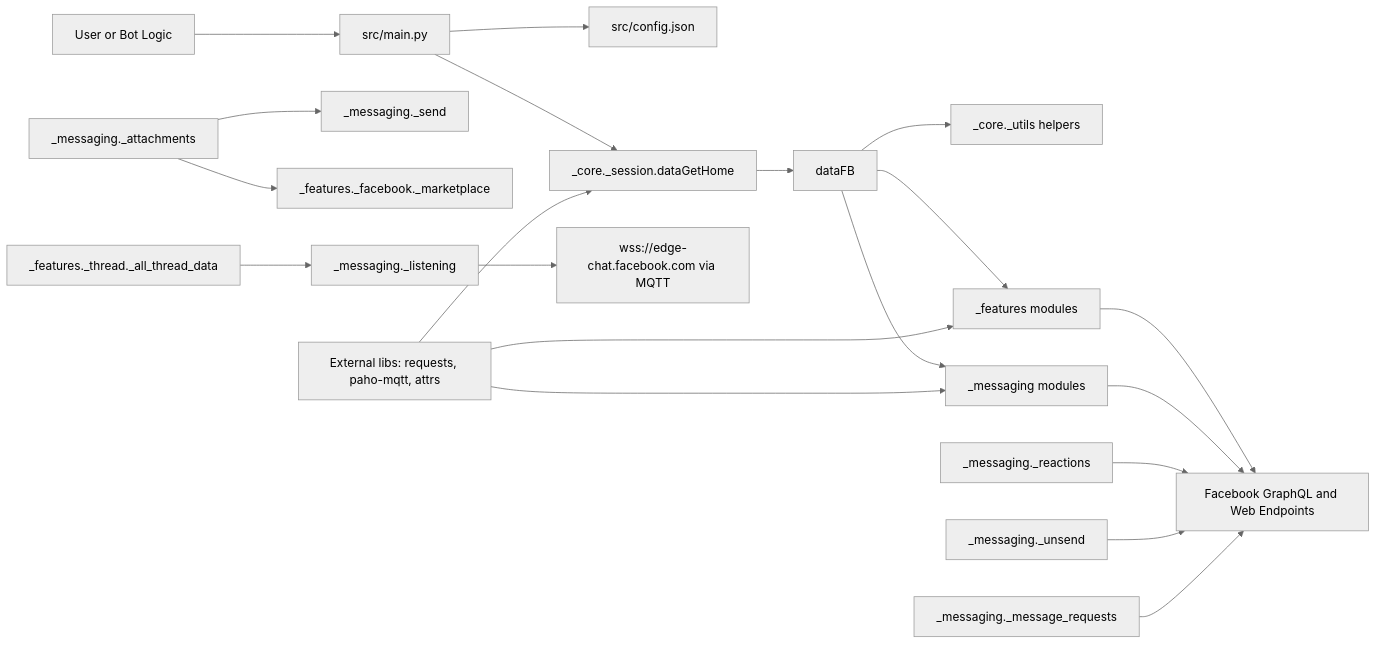
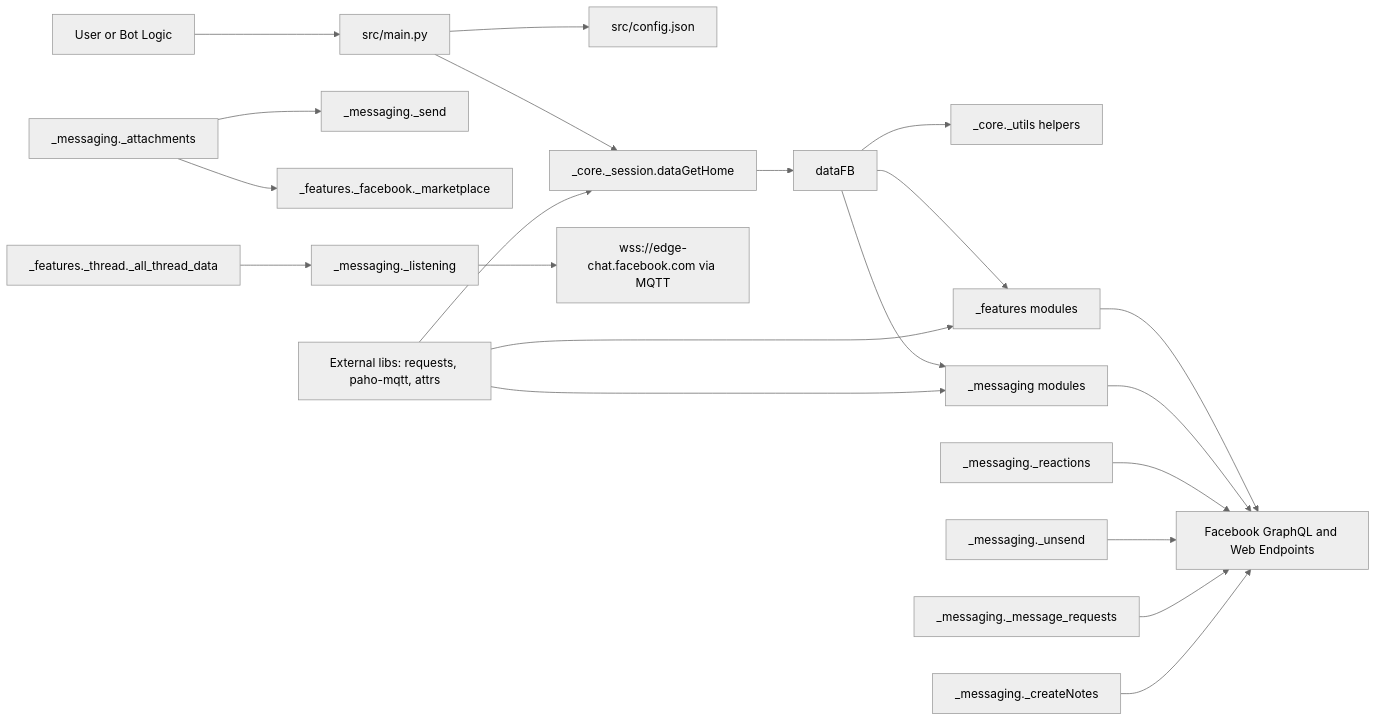
Before and after one commit to m008v/fbchat-v2: the second of 3 diagrams in FLOWCHART.md, drawn with Mermaid (neutral theme). The commit also changed other lines of this file and 18 other files, not shown here.

````diff
--- a/FLOWCHART.md
+++ b/FLOWCHART.md
@@ -103,41 +104,42 @@
 ```mermaid
 flowchart LR
     USER[User or Bot Logic]
     CFG[src/config.json]
     MAIN[src/main.py]
 
     USER --> MAIN
     MAIN --> CFG
 
     MAIN --> SESSION[_core._session.dataGetHome]
     SESSION --> DFB[dataFB]
 
     DFB --> UTILS[_core._utils helpers]
 
     DFB --> FEATURES[_features modules]
     DFB --> MESSAGING[_messaging modules]
 
     FEATURES --> FB_API[Facebook GraphQL and Web Endpoints]
     MESSAGING --> FB_API
 
     ATTACH[_messaging._attachments]
     SEND[_messaging._send]
     MARKET[_features._facebook._marketplace]
     THREAD_DATA[_features._thread._all_thread_data]
     LISTENER[_messaging._listening]
 
     ATTACH --> SEND
     ATTACH --> MARKET
     THREAD_DATA --> LISTENER
 
     LISTENER --> MQTT[wss://edge-chat.facebook.com via MQTT]
 
     REACT[_messaging._reactions] --> FB_API
     UNSEND[_messaging._unsend] --> FB_API
     MSG_REQ[_messaging._message_requests] --> FB_API
+    NOTES[_messaging._createNotes] --> FB_API
 
     EXTERNAL[External libs: requests, paho-mqtt, attrs]
     EXTERNAL --> FEATURES
     EXTERNAL --> MESSAGING
     EXTERNAL --> SESSION
 ```
````
